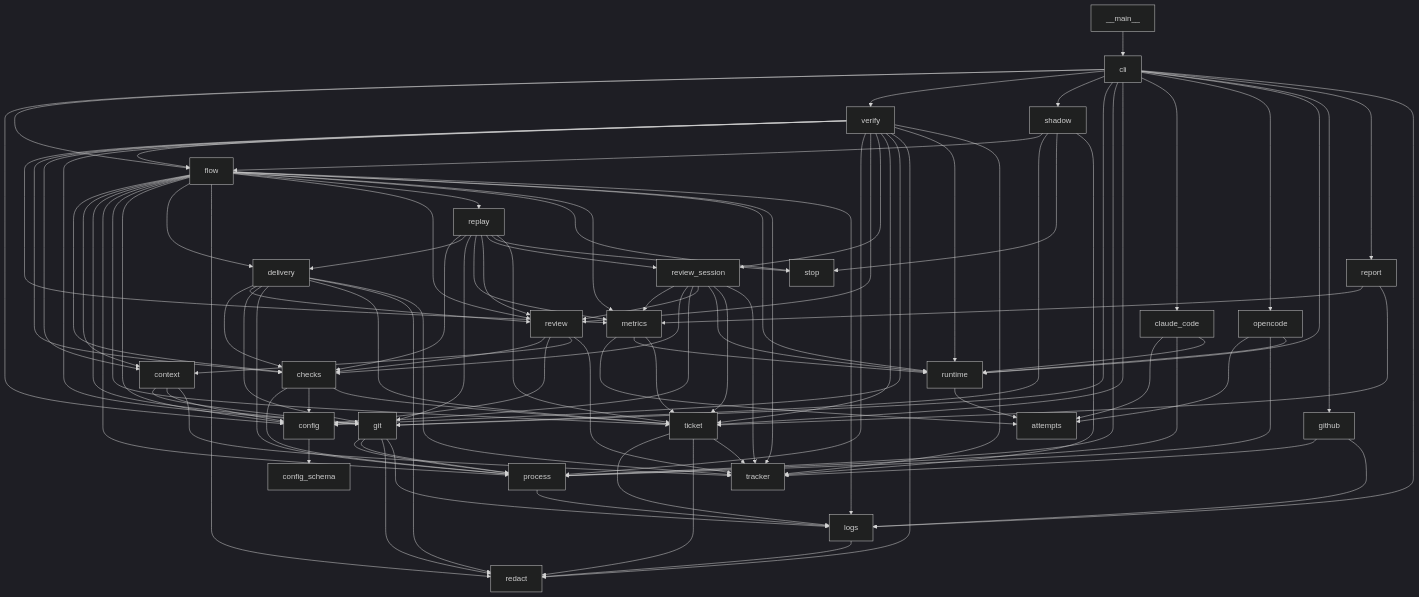
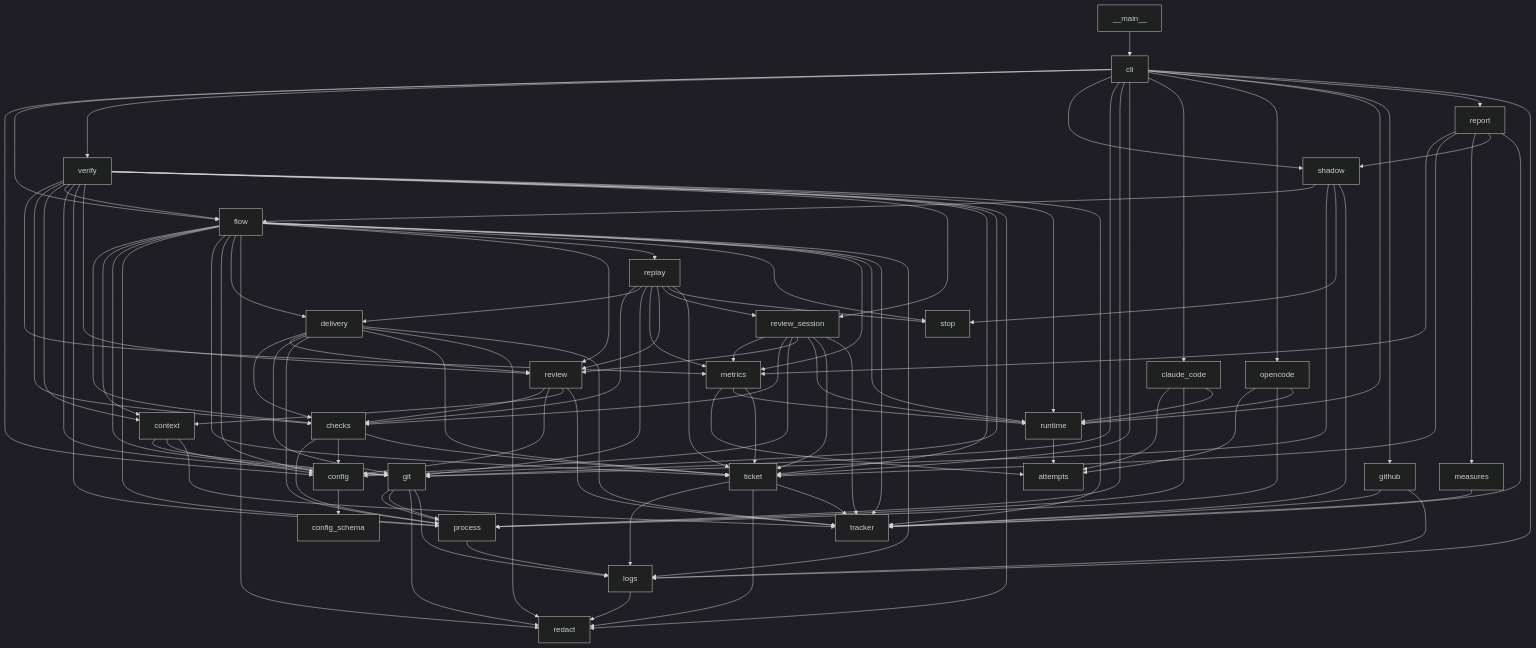
The first of 3 diagrams in docs/architecture/3-components.md (plaplanche/ariane), drawn with Mermaid (dark theme) before and after one commit. The commit also changed 17 other files, not shown here.

Commit message:
#99: Report human time, gates bypassed and shadow results (C19, slice 4)

```diff
--- a/docs/architecture/3-components.md
+++ b/docs/architecture/3-components.md
@@ -72,6 +72,10 @@
   cli --> report
   report --> metrics
   report --> ticket
+  report --> measures
+  report --> shadow
+  report --> tracker
+  measures --> tracker
   flow --> runtime
   flow --> tracker
   git --> process
```
